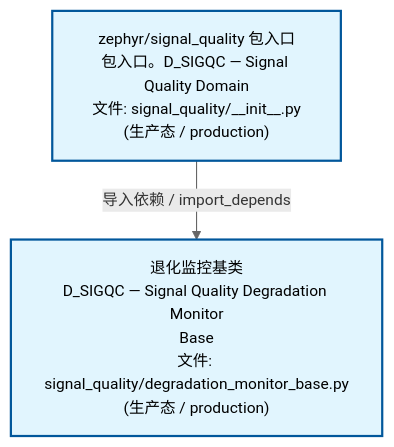
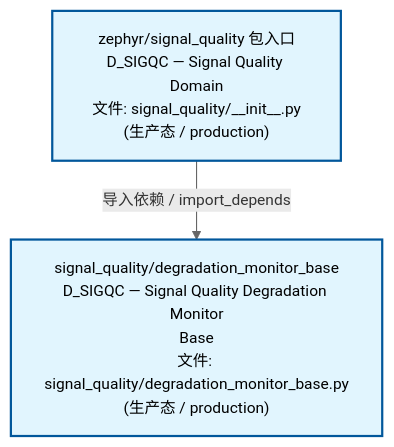
Before and after one commit to xuanFelixVan/ZephyrAlpha: the second of 3 diagrams in docs/02_enterprise_architecture/02_domain_architecture_docs/69_d_sigqc.md, drawn with Mermaid. The commit also changed other lines of this file and 58 other files, not shown here.

````diff
--- a/docs/02_enterprise_architecture/02_domain_architecture_docs/69_d_sigqc.md
+++ b/docs/02_enterprise_architecture/02_domain_architecture_docs/69_d_sigqc.md
@@ -75,12 +75,12 @@
 ```mermaid
 %%{init: {'theme': 'base', 'themeVariables': {'primaryColor': '#eaeaea', 'primaryTextColor': '#333333', 'primaryBorderColor': '#666666', 'lineColor': '#666666', 'secondaryColor': '#eaeaea', 'tertiaryColor': '#eaeaea', 'fontSize': '14px'}}}%%
 flowchart TD
-    src_zephyr_signal_quality_init_py["zephyr/signal_quality 包入口<br/>包入口。D_SIGQC — Signal Quality Domain<br/>文件: signal_quality/__init__.py<br/>(生产态 / production)"]
-    src_zephyr_signal_quality_degradation_monitor_base_py["退化监控基类<br/>D_SIGQC — Signal Quality Degradation Monitor<br/>Base<br/>文件: signal_quality/degradation_monitor_base.py<br/>(生产态 / production)"]
+    src_zephyr_signal_quality_init_py["zephyr/signal_quality 包入口<br/>D_SIGQC — Signal Quality Domain<br/>文件: signal_quality/__init__.py<br/>(生产态 / production)"]
+    src_zephyr_signal_quality_degradation_monitor_base_py["signal_quality/degradation_monitor_base<br/>D_SIGQC — Signal Quality Degradation Monitor<br/>Base<br/>文件: signal_quality/degradation_monitor_base.py<br/>(生产态 / production)"]
     src_zephyr_signal_quality_init_py -->|导入依赖 / import_depends| src_zephyr_signal_quality_degradation_monitor_base_py
     classDef production fill:#e1f5fe,stroke:#01579b,stroke-width:2px,color:#000
     classDef design fill:#fff3e0,stroke:#e65100,stroke-width:2px,color:#000,stroke-dasharray: 5 5
     classDef external_prod fill:#e8f4fd,stroke:#0277bd,stroke-width:1px,color:#000
     classDef external_design fill:#fff8e7,stroke:#ef6c00,stroke-width:1px,color:#000,stroke-dasharray: 5 5
     class src_zephyr_signal_quality_init_py,src_zephyr_signal_quality_degradation_monitor_base_py production
 ```
````
